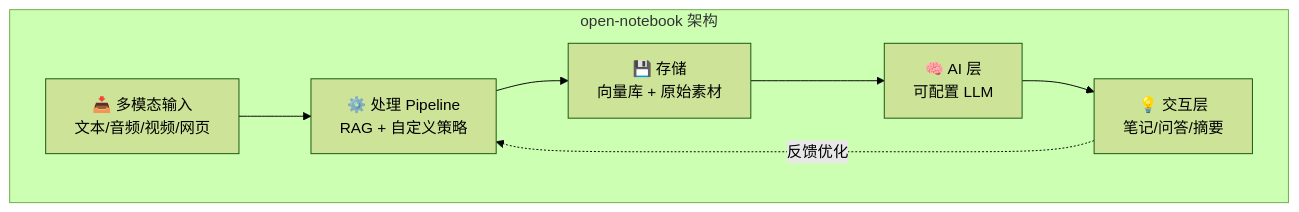
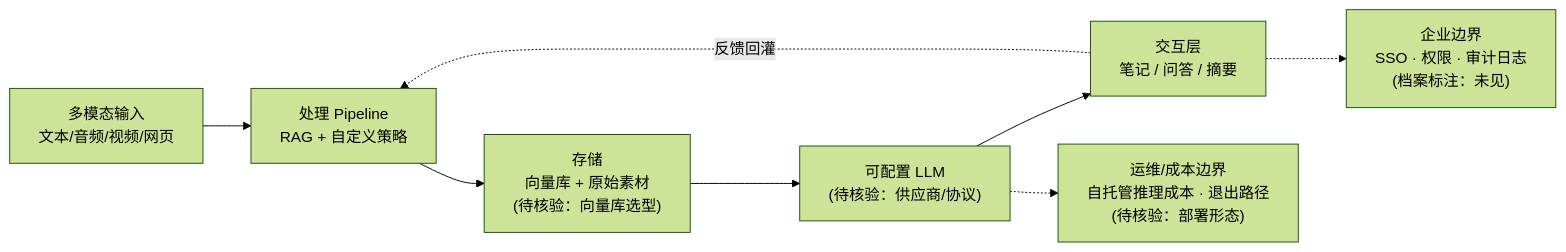
One commit to aiutil/github-researcher changed the diagram in projects/open-notebook.md. Above: the diagram before and after it, drawn with Mermaid (forest theme). The commit also changed other lines of this file and 939 other files, not shown here.

Commit message:
feat: add architect briefs and Mermaid project maps

````diff
--- a/projects/open-notebook.md
+++ b/projects/open-notebook.md
@@ -46,13 +59,15 @@
 ```mermaid
-flowchart TB
-    subgraph "open-notebook 架构"
-        IS["📥 多模态输入<br/>文本/音频/视频/网页"]
-        PR["⚙️ 处理 Pipeline<br/>RAG + 自定义策略"]
-        ST["💾 存储<br/>向量库 + 原始素材"]
-        AI["🧠 AI 层<br/>可配置 LLM"]
-        UI["💡 交互层<br/>笔记/问答/摘要"]
-    end
+flowchart LR
+  A["多模态输入<br/>文本/音频/视频/网页"]
+  B["处理 Pipeline<br/>RAG + 自定义策略"]
+  C["存储<br/>向量库 + 原始素材<br/>(待核验：向量库选型)"]
+  D["可配置 LLM<br/>(待核验：供应商/协议)"]
+  E["交互层<br/>笔记 / 问答 / 摘要"]
+  F["企业边界<br/>SSO · 权限 · 审计日志<br/>(档案标注：未见)"]
+  G["运维/成本边界<br/>自托管推理成本 · 退出路径<br/>(待核验：部署形态)"]
 
-    IS --> PR --> ST --> AI --> UI
-    UI -.->|"反馈优化"| PR
+  A --> B --> C --> D --> E
+  E -.->|"反馈回灌"| B
+  E -.-> F
+  D -.-> G
 ```
````
